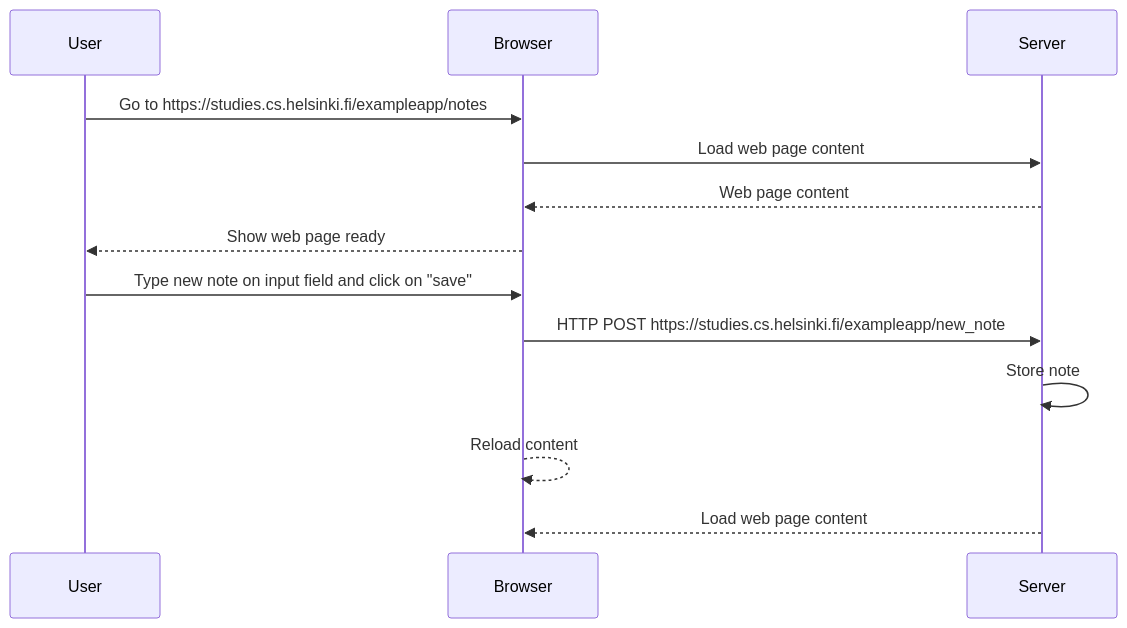
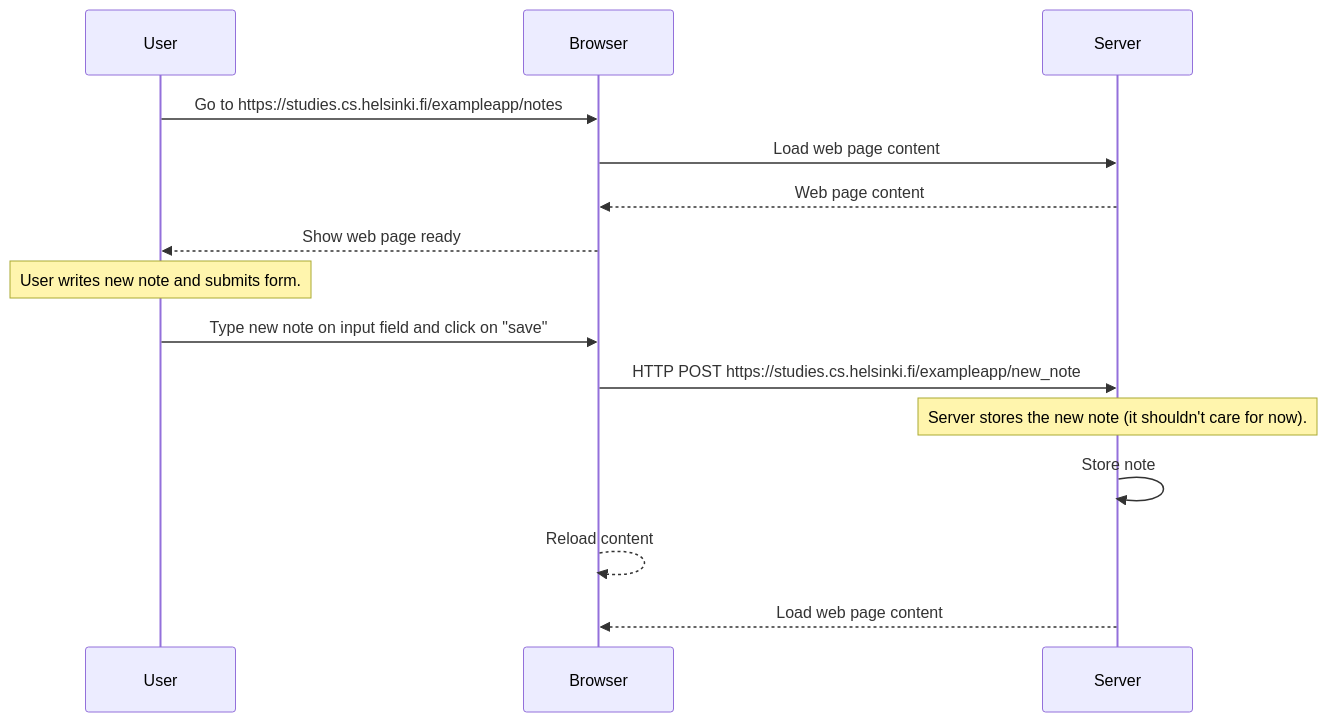
The diagram in part0/new_note_diagram.md (willymromero/fullstackopen-bootcamp), drawn with Mermaid before and after one commit.

````diff
--- a/part0/new_note_diagram.md
+++ b/part0/new_note_diagram.md
@@ -1,19 +1,21 @@
 ```mermaid
 sequenceDiagram
     participant User
     participant Browser
     participant Server
 
     User->>Browser: Go to https://studies.cs.helsinki.fi/exampleapp/notes
     Browser->>Server: Load web page content
     Server-->>Browser: Web page content
     Browser-->>User: Show web page ready
 
+    note over User: User writes new note and submits form.
+    
     User->>Browser: Type new note on input field and click on "save"
     Browser->>Server: HTTP POST https://studies.cs.helsinki.fi/exampleapp/new_note
+    note over Server: Server stores the new note (it shouldn't care for now).
     Server->>Server: Store note
 
     Browser-->>Browser: Reload content
     Server-->>Browser: Load web page content
-
 ```
````
